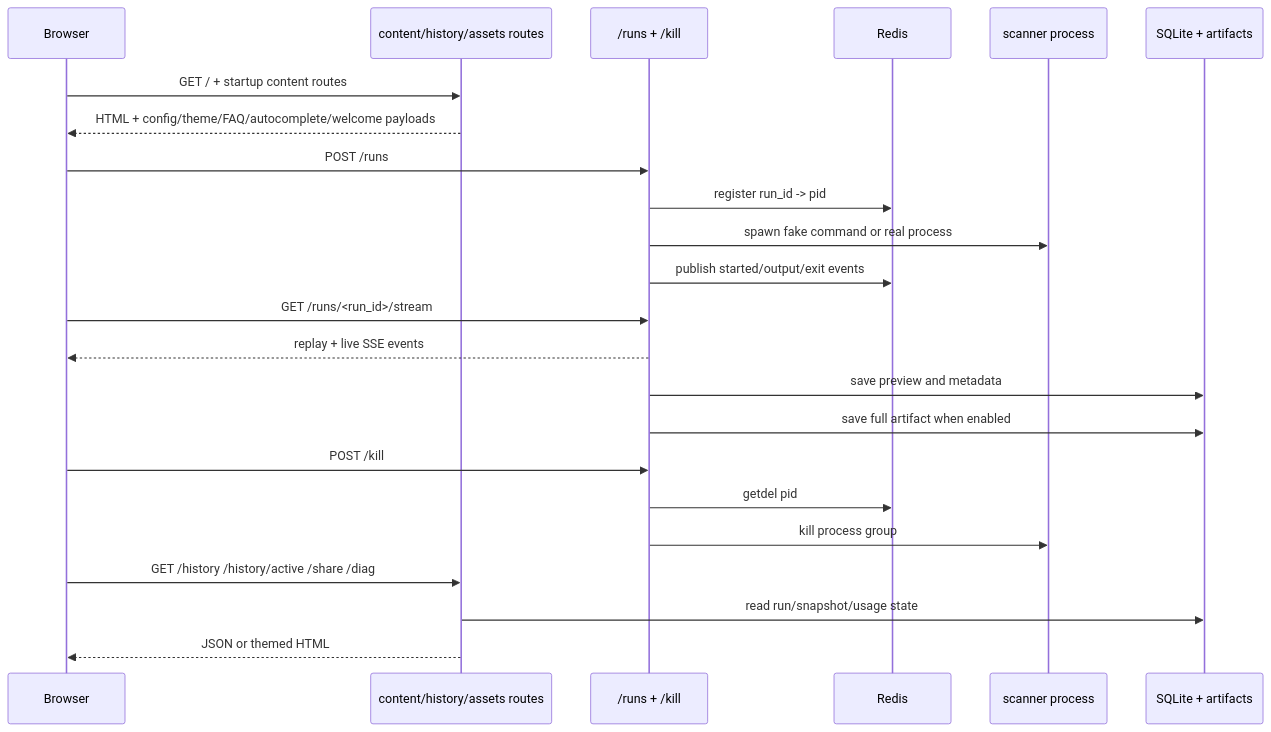
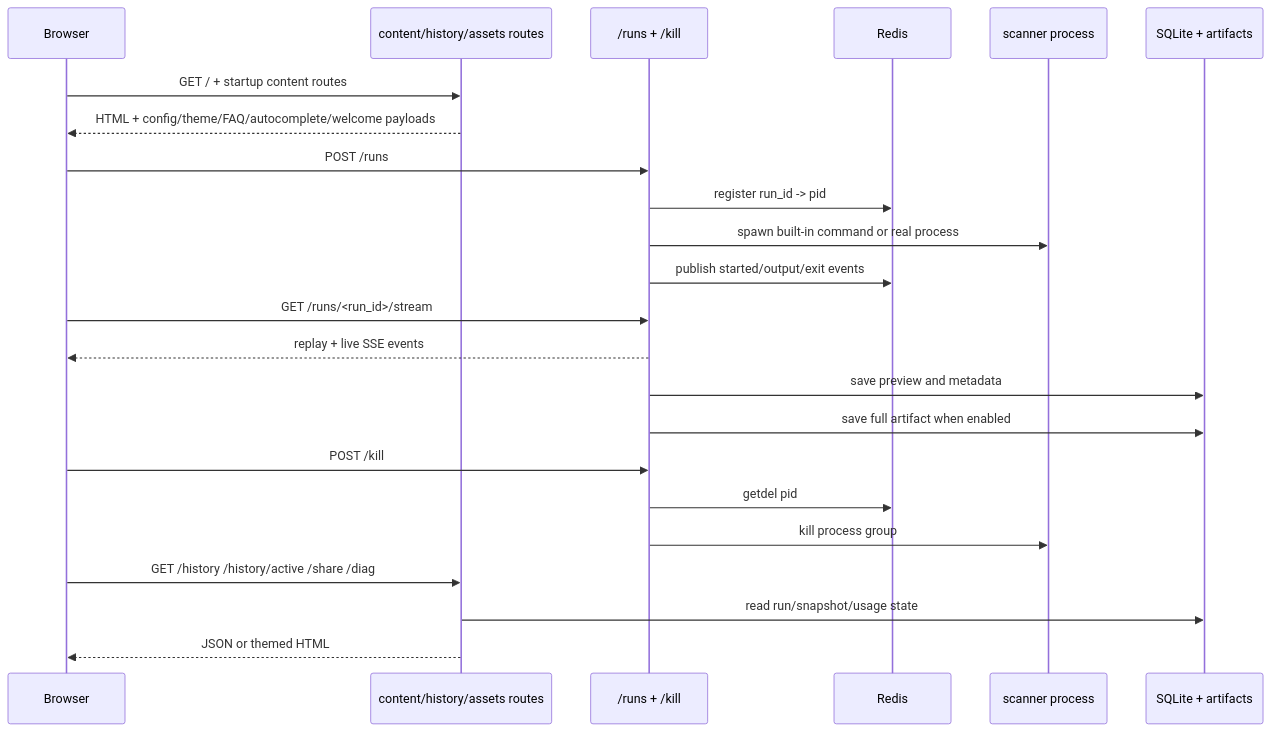
One commit to darklab-sh/darklab-shell changed the third of 6 diagrams in ARCHITECTURE.md. Above: the diagram before and after it, drawn with Mermaid. The commit also changed other lines of this file and 46 other files, not shown here.

Commit message:
Renaming fake commands and run monitor to built-in commands and status monitor

````diff
--- a/ARCHITECTURE.md
+++ b/ARCHITECTURE.md
@@ -133,29 +133,29 @@
 ```mermaid
 sequenceDiagram
   participant B as Browser
   participant C as content/history/assets routes
   participant R as /runs + /kill
   participant X as Redis
   participant P as scanner process
   participant D as SQLite + artifacts
 
   B->>C: GET / + startup content routes
   C-->>B: HTML + config/theme/FAQ/autocomplete/welcome payloads
 
   B->>R: POST /runs
   R->>X: register run_id -> pid
-  R->>P: spawn fake command or real process
+  R->>P: spawn built-in command or real process
   R->>X: publish started/output/exit events
   B->>R: GET /runs/<run_id>/stream
   R-->>B: replay + live SSE events
   R->>D: save preview and metadata
   R->>D: save full artifact when enabled
 
   B->>R: POST /kill
   R->>X: getdel pid
   R->>P: kill process group
 
   B->>C: GET /history /history/active /share /diag
   C->>D: read run/snapshot/usage state
   C-->>B: JSON or themed HTML
 ```
````
